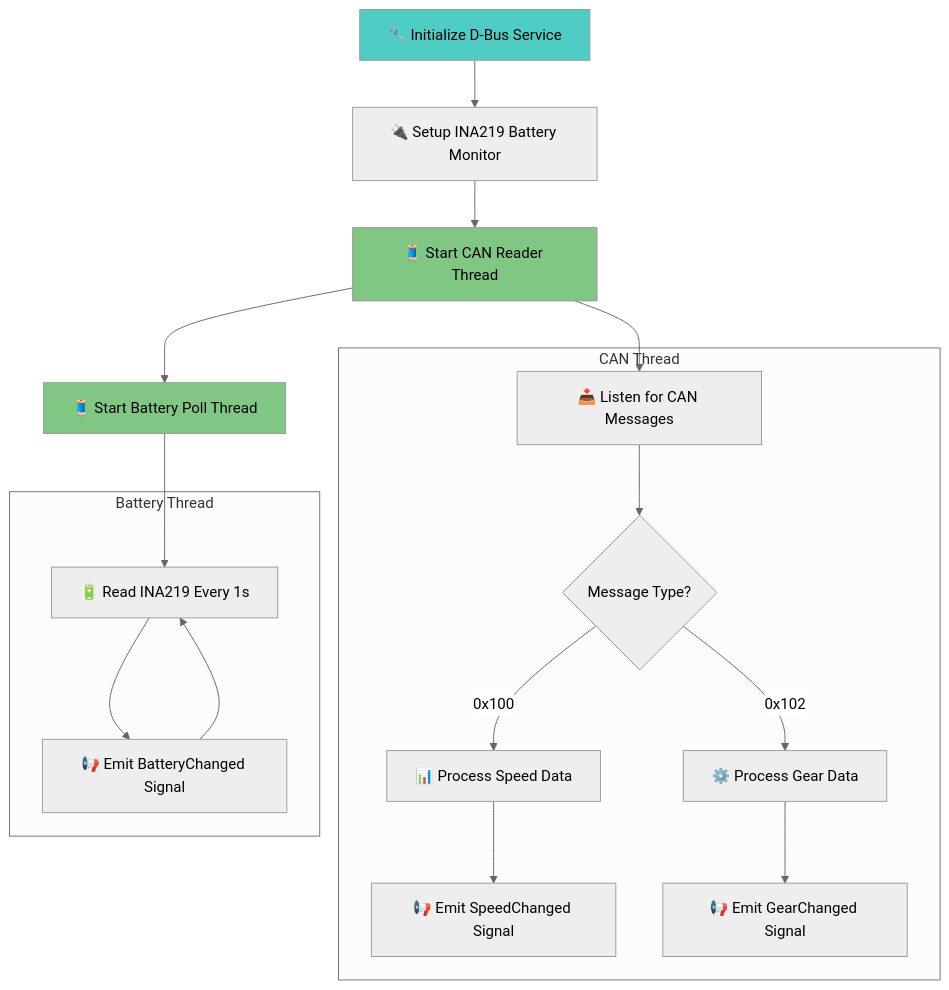
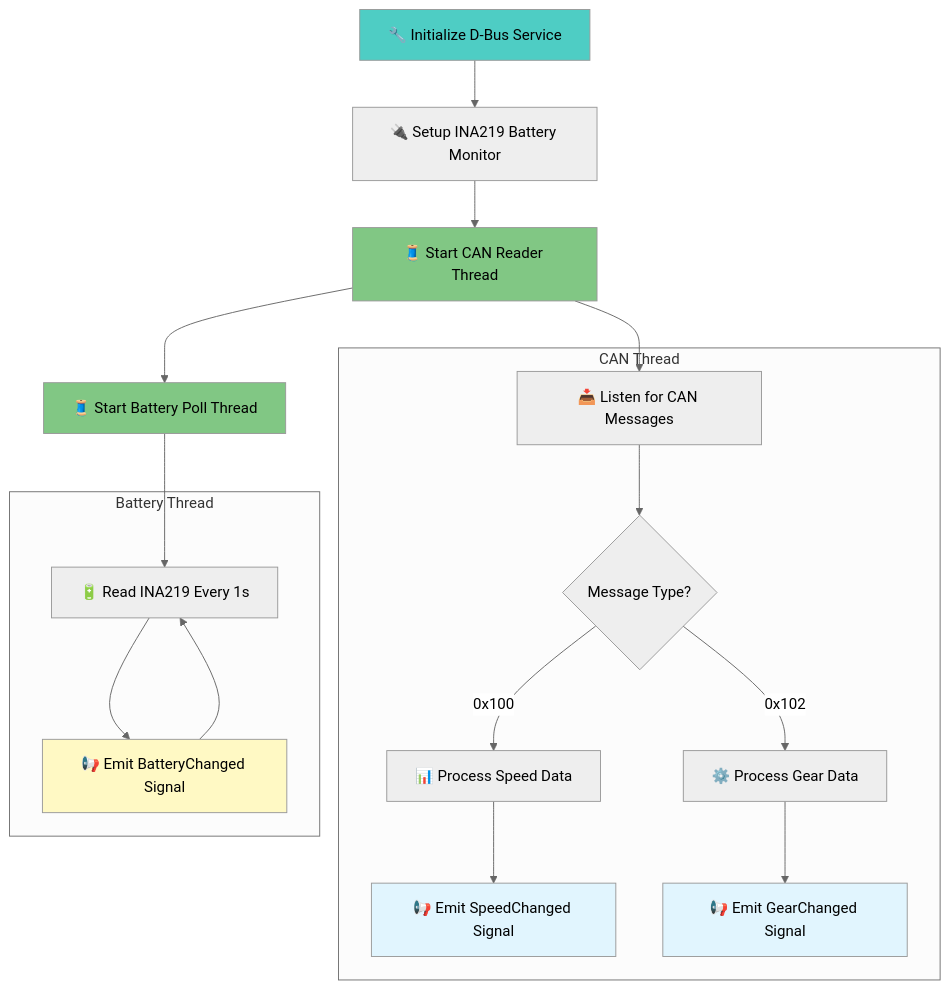
One commit to saicharansathyam/Instrument-Cluster changed the third of 7 diagrams in README.md. Above: the diagram before and after it, drawn with Mermaid (neutral theme). The commit also changed other lines of this file, not shown here.

````diff
--- a/README.md
+++ b/README.md
@@ -46,26 +48,29 @@
 ```mermaid
 flowchart TD
     A[🔧 Initialize D-Bus Service] --> B[🔌 Setup INA219 Battery Monitor]
     B --> C[🧵 Start CAN Reader Thread]
     C --> D[🧵 Start Battery Poll Thread]
     
     subgraph "CAN Thread"
         E[📥 Listen for CAN Messages] --> F{Message Type?}
         F -->|0x100| G[📊 Process Speed Data]
         F -->|0x102| H[⚙️ Process Gear Data]
         G --> I[📢 Emit SpeedChanged Signal]
         H --> J[📢 Emit GearChanged Signal]
     end
     
     subgraph "Battery Thread"
         K[🔋 Read INA219 Every 1s] --> L[📢 Emit BatteryChanged Signal]
         L --> K
     end
     
     C --> E
     D --> K
     
-    style A fill:#4ecdc4
-    style C fill:#81c784
-    style D fill:#81c784
+    style A fill:#4ecdc4,color:#000
+    style C fill:#81c784,color:#000
+    style D fill:#81c784,color:#000
+    style I fill:#e1f5fe,color:#000
+    style J fill:#e1f5fe,color:#000
+    style L fill:#fff9c4,color:#000
 ```
````
